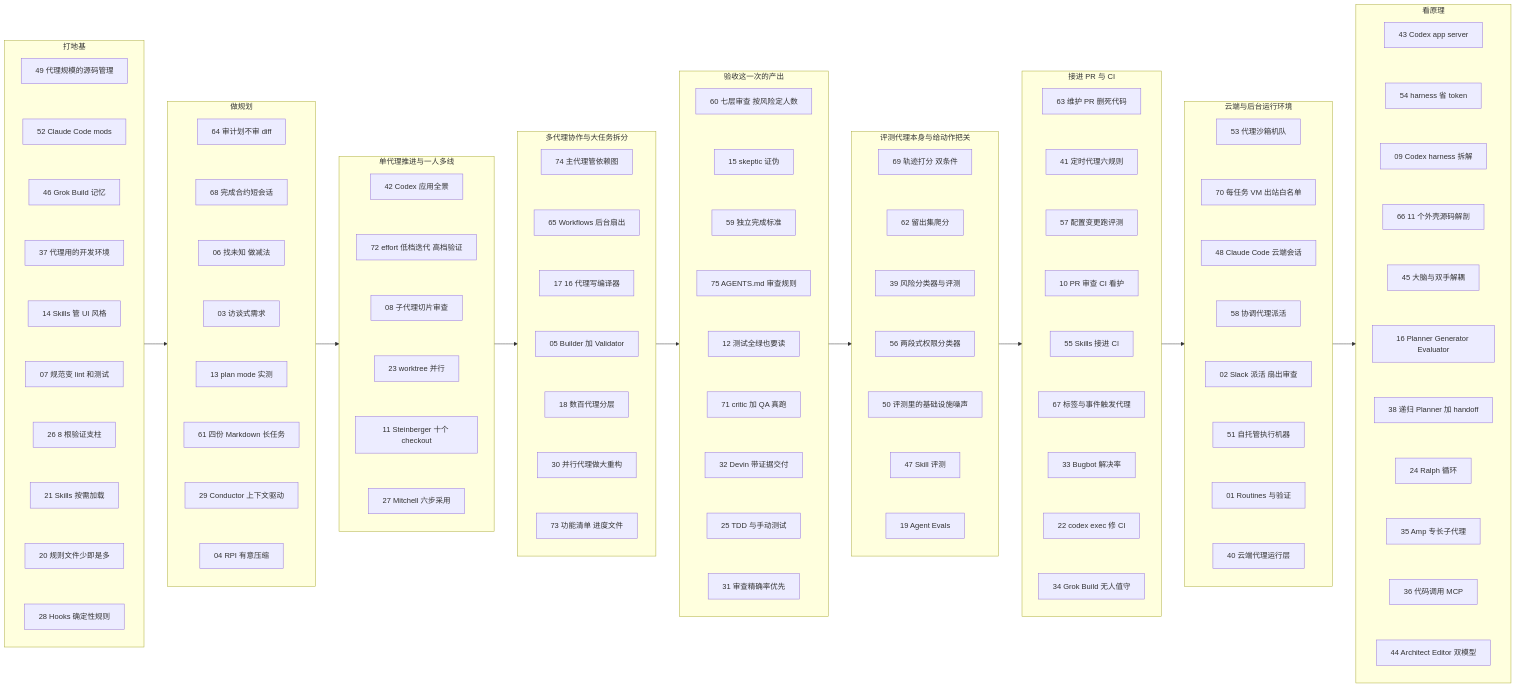
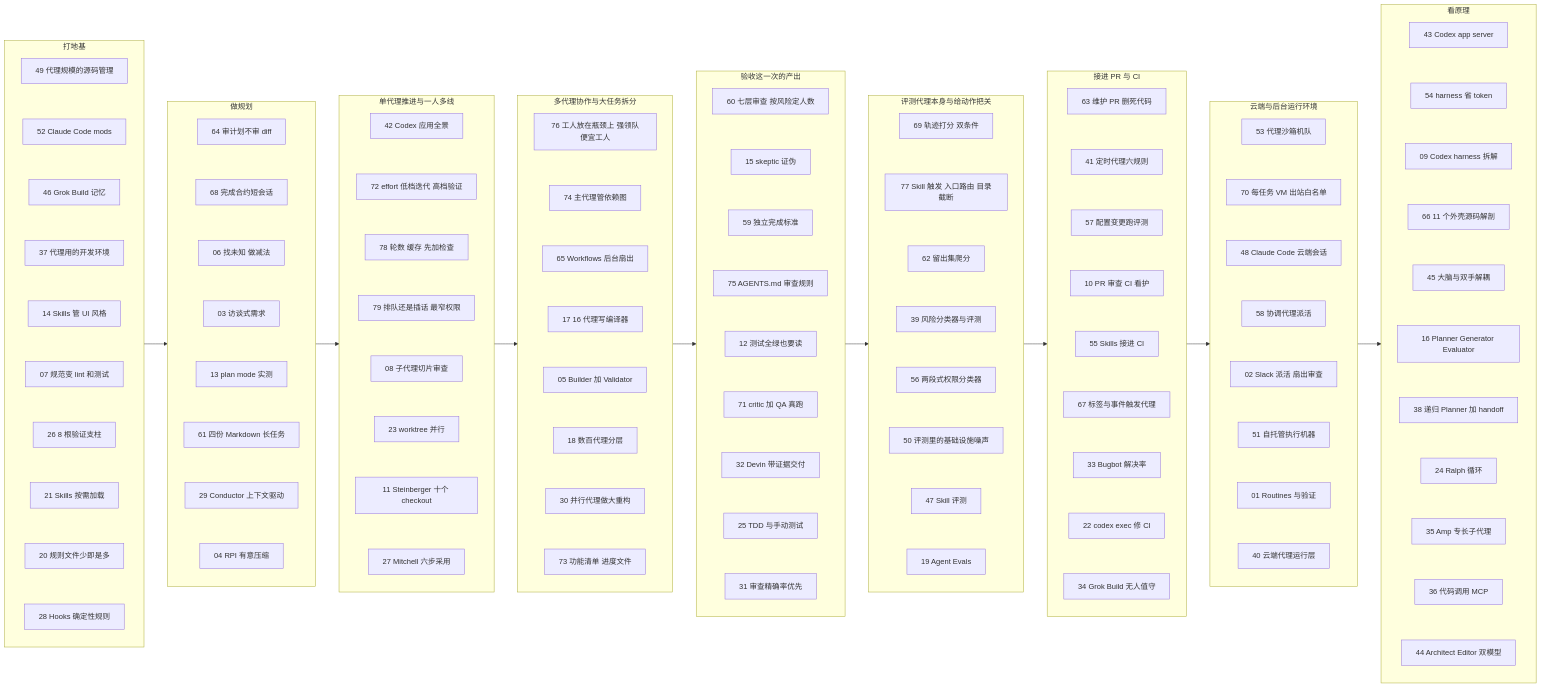
One commit to yzw7489757/ai-coding-videos changed the diagram in docs/index.md. Above: the diagram before and after it, drawn with Mermaid. The commit also changed other lines of this file and 18 other files, not shown here.

```diff
--- a/docs/index.md
+++ b/docs/index.md
@@ -158,18 +158,23 @@
     direction TB
     A42["42 Codex 应用全景"]
     A72["72 effort 低档迭代 高档验证"]
+    A78["78 轮数 缓存 先加检查"]
+    A79["79 排队还是插话 最窄权限"]
     A08["08 子代理切片审查"]
     A23["23 worktree 并行"]
     A11["11 Steinberger 十个 checkout"]
     A27["27 Mitchell 六步采用"]
     A42 ~~~ A72
-    A72 ~~~ A08
+    A72 ~~~ A78
+    A78 ~~~ A79
+    A79 ~~~ A08
     A08 ~~~ A23
     A23 ~~~ A11
     A11 ~~~ A27
   end
   subgraph S4["多代理协作与大任务拆分"]
     direction TB
+    A76["76 工人放在瓶颈上 强领队便宜工人"]
     A74["74 主代理管依赖图"]
     A65["65 Workflows 后台扇出"]
     A17["17 16 代理写编译器"]
@@ -177,6 +182,7 @@
     A18["18 数百代理分层"]
     A30["30 并行代理做大重构"]
     A73["73 功能清单 进度文件"]
+    A76 ~~~ A74
     A74 ~~~ A65
     A65 ~~~ A17
     A17 ~~~ A05
@@ -207,13 +213,15 @@
   subgraph S6["评测代理本身与给动作把关"]
     direction TB
     A69["69 轨迹打分 双条件"]
+    A77["77 Skill 触发 入口路由 目录截断"]
     A62["62 留出集爬分"]
     A39["39 风险分类器与评测"]
     A56["56 两段式权限分类器"]
     A50["50 评测里的基础设施噪声"]
     A47["47 Skill 评测"]
     A19["19 Agent Evals"]
-    A69 ~~~ A62
+    A69 ~~~ A77
+    A77 ~~~ A62
     A62 ~~~ A39
     A39 ~~~ A56
     A56 ~~~ A50
```
